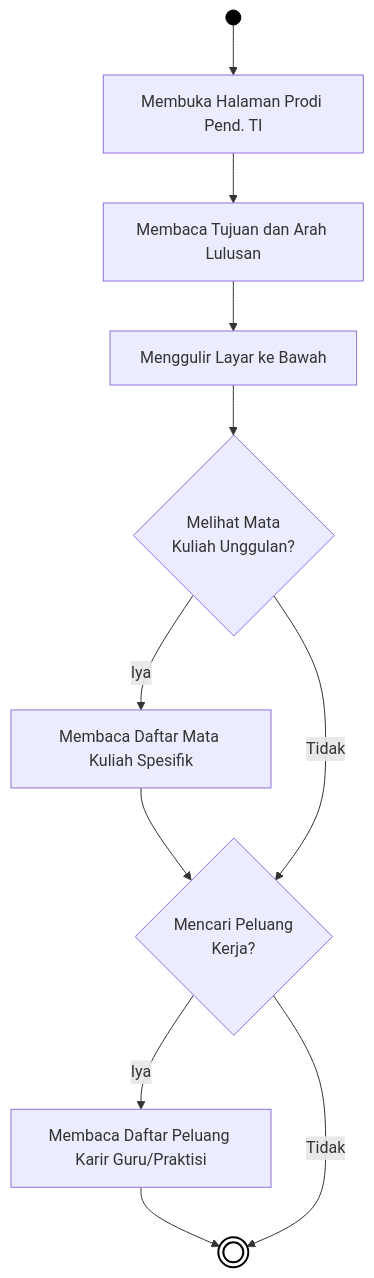
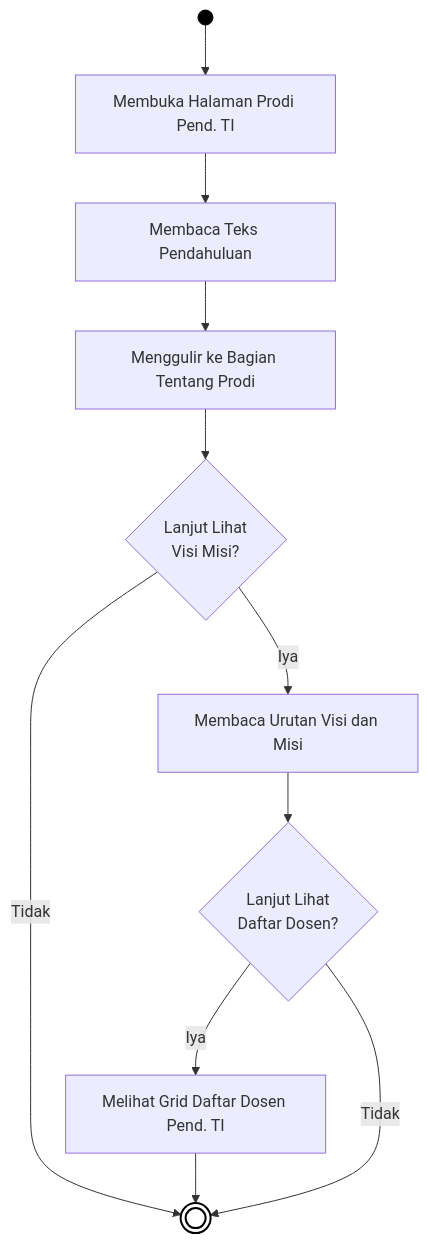
Before and after one commit to arbain-dev/Web_fikom: the eighth of 12 diagrams in docs/01B_DIAGRAM_AKTIVITAS_PUBLIK.md, drawn with Mermaid. The commit also changed other lines of this file, not shown here.

Commit message:
docs: menyelaraskan diagram aktivitas publik ke 7-12 secara ekstrem dengan logika codingan realtime

````diff
--- a/docs/01B_DIAGRAM_AKTIVITAS_PUBLIK.md
+++ b/docs/01B_DIAGRAM_AKTIVITAS_PUBLIK.md
@@ -231,21 +252,21 @@
 ```mermaid
 flowchart TD
     Start(( )) --> A[Membuka Halaman Prodi Pend. TI]
     
-    A --> B[Membaca Tujuan dan Arah Lulusan]
-    B --> C[Menggulir Layar ke Bawah]
+    A --> B[Membaca Teks Pendahuluan]
+    B --> C[Menggulir ke Bagian Tentang Prodi]
+    C --> D{Lanjut Lihat\nVisi Misi?}
     
-    C --> D{Melihat Mata\nKuliah Unggulan?}
-    D -- Iya --> E[Membaca Daftar Mata Kuliah Spesifik]
-    E --> F{Mencari Peluang\nKerja?}
+    D -- Iya --> E[Membaca Urutan Visi dan Misi]
+    E --> F{Lanjut Lihat\nDaftar Dosen?}
     
-    D -- Tidak --> F
+    D -- Tidak --> End((( )))
     
-    F -- Iya --> G[Membaca Daftar Peluang Karir Guru/Praktisi]
-    G --> End((( )))
+    F -- Iya --> G[Melihat Grid Daftar Dosen Pend. TI]
+    G --> End
     
     F -- Tidak --> End
     
     style Start fill:#000,stroke:#000,color:#000
     style End fill:#fff,stroke:#000,stroke-width:2px
 ```
````
